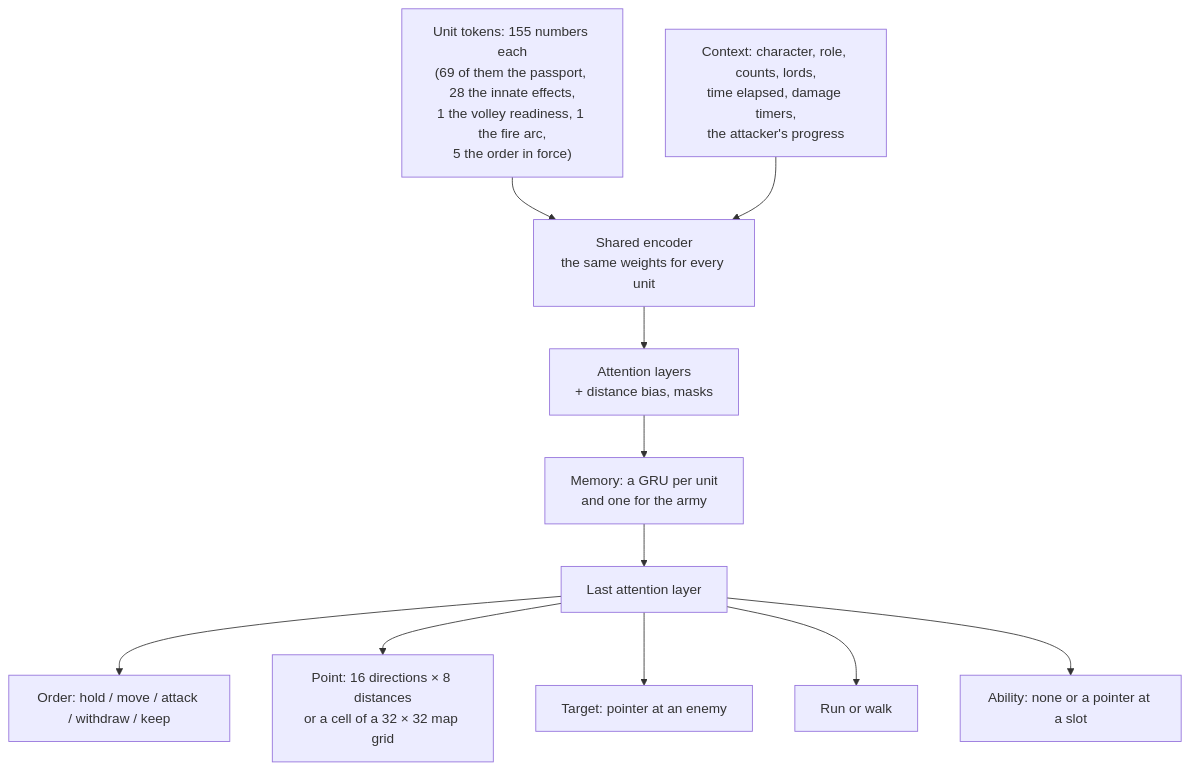
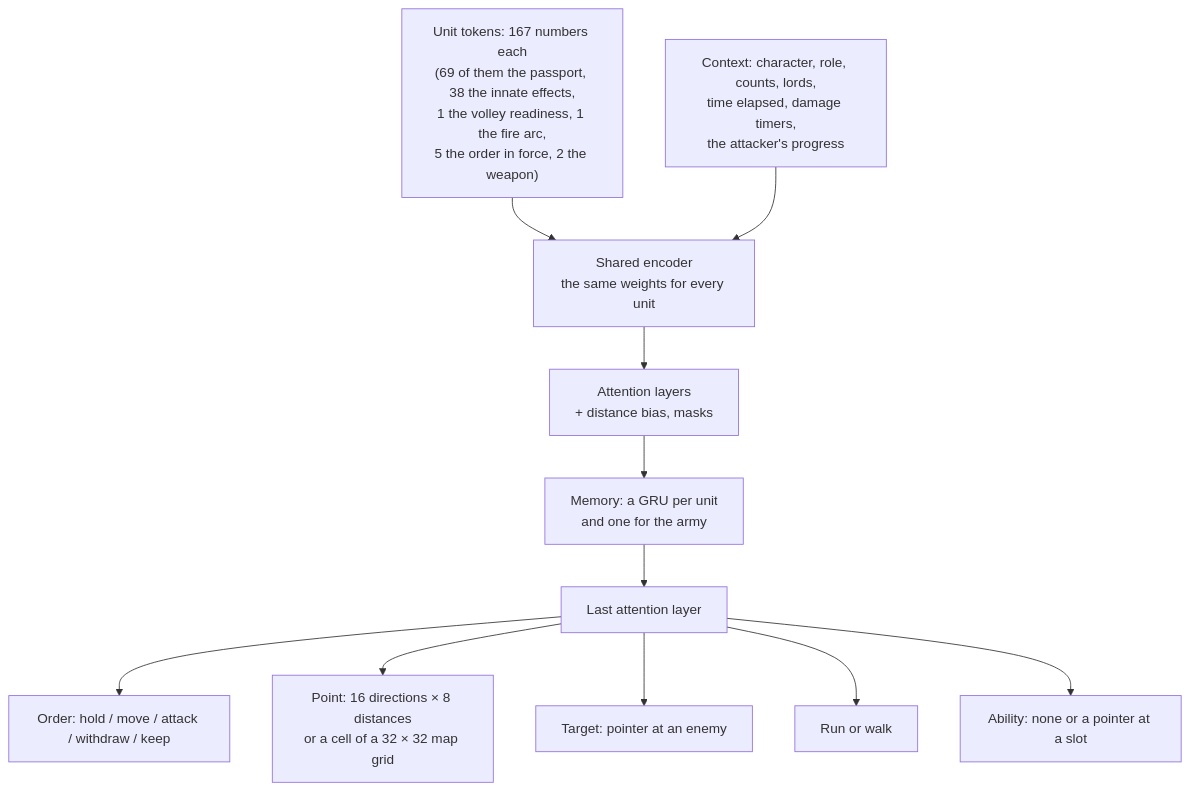
The second of 3 diagrams in docs/en/training/model.md (DimaZero7/TWW3-batle-ai), drawn with Mermaid before and after one commit. The commit also changed other lines of this file and 45 other files, not shown here.

````diff
--- a/docs/en/training/model.md
+++ b/docs/en/training/model.md
@@ -259,13 +277,13 @@
 ```mermaid
 flowchart TB
-  tok["Unit tokens: 155 numbers each<br/>(69 of them the passport, 28 the innate effects,<br/>1 the volley readiness, 1 the fire arc,<br/>5 the order in force)"] --> enc["Shared encoder<br/>the same weights for every unit"]
+  tok["Unit tokens: 167 numbers each<br/>(69 of them the passport, 38 the innate effects,<br/>1 the volley readiness, 1 the fire arc,<br/>5 the order in force, 2 the weapon)"] --> enc["Shared encoder<br/>the same weights for every unit"]
   ctx["Context: character, role, counts, lords,<br/>time elapsed, damage timers,<br/>the attacker's progress"] --> enc
   enc --> att["Attention layers<br/>+ distance bias, masks"]
   att --> gru["Memory: a GRU per unit<br/>and one for the army"]
   gru --> last["Last attention layer"]
   last --> kind["Order: hold / move / attack / withdraw / keep"]
   last --> point["Point: 16 directions × 8 distances<br/>or a cell of a 32 × 32 map grid"]
   last --> ptr["Target: pointer at an enemy"]
   last --> run["Run or walk"]
   last --> abil["Ability: none or a pointer at a slot"]
 ```
````
